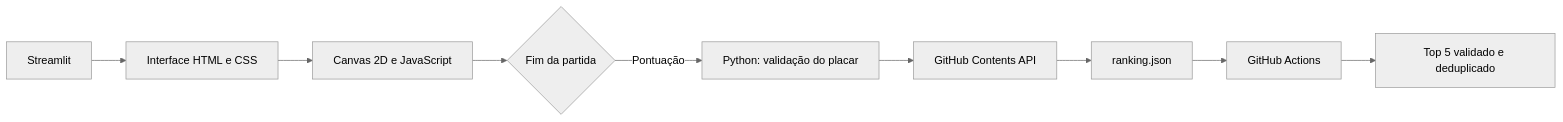
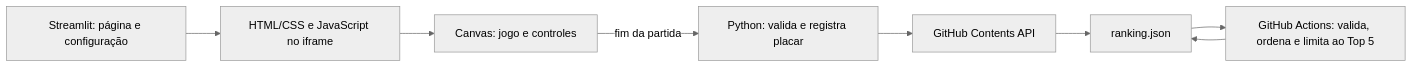
The diagram in README.md (LuanLindolfo/coleta_seletiva), drawn with Mermaid (neutral theme) before and after one commit. The commit also changed other lines of this file, not shown here.

````diff
--- a/README.md
+++ b/README.md
@@ -19,11 +9,10 @@
 ```mermaid
 flowchart LR
-    A[Streamlit] --> B[Interface HTML e CSS]
-    B --> C[Canvas 2D e JavaScript]
-    C --> D{Fim da partida}
-    D -->|Pontuação| E[Python: validação do placar]
-    E --> F[GitHub Contents API]
-    F --> G[ranking.json]
-    G --> H[GitHub Actions]
-    H --> I[Top 5 validado e deduplicado]
+    A[Streamlit: página e configuração] --> B[HTML/CSS e JavaScript no iframe]
+    B --> C[Canvas: jogo e controles]
+    C -->|fim da partida| D[Python: valida e registra placar]
+    D --> E[GitHub Contents API]
+    E --> F[ranking.json]
+    F --> G[GitHub Actions: valida, ordena e limita ao Top 5]
+    G --> F
 ```
````
